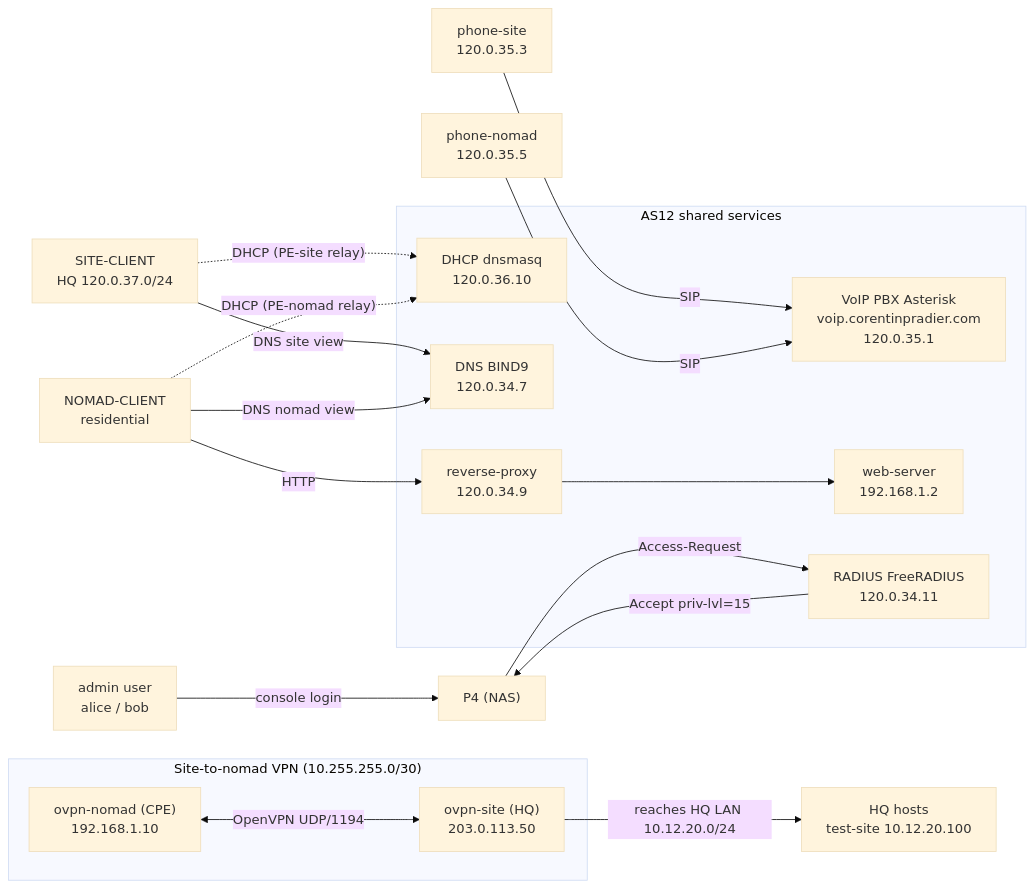
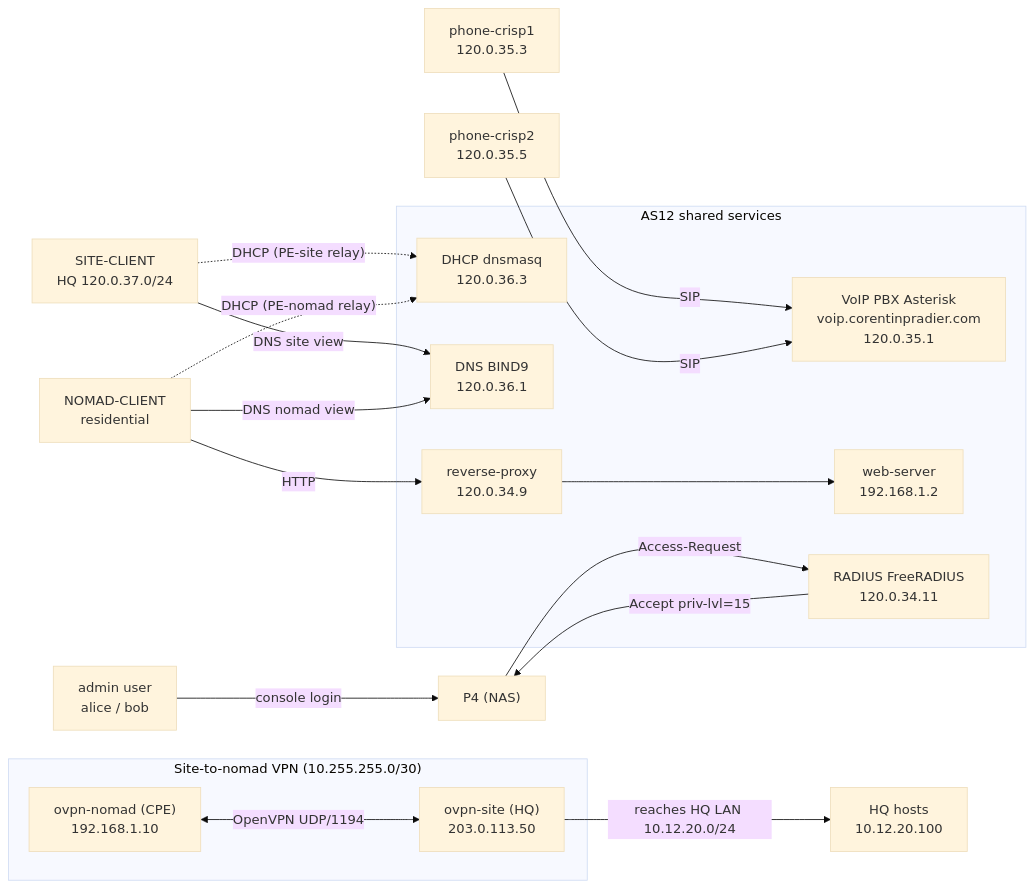
The second of 2 diagrams in README.md (yfgrepcat/CrISP), drawn with Mermaid before and after one commit. The commit also changed other lines of this file and 21 other files, not shown here.

````diff
--- a/README.md
+++ b/README.md
@@ -198,40 +196,40 @@
 ```mermaid
 %%{init: {'theme': 'base', 'themeVariables': {'fontSize': '16px'}}}%%
 flowchart LR
   %% --- consumers ---
   SITEC["SITE-CLIENT<br/>HQ 120.0.37.0/24"]
   NOMADC["NOMAD-CLIENT<br/>residential"]
-  PHs["phone-site<br/>120.0.35.3"]
-  PHn["phone-nomad<br/>120.0.35.5"]
+  PHs["phone-crisp1<br/>120.0.35.3"]
+  PHn["phone-crisp2<br/>120.0.35.5"]
   ADMIN["admin user<br/>alice / bob"]
 
   %% --- services ---
   subgraph SVC["AS12 shared services"]
-    DHCP["DHCP dnsmasq<br/>120.0.36.10"]
-    DNS["DNS BIND9<br/>120.0.34.7"]
+    DHCP["DHCP dnsmasq<br/>120.0.36.3"]
+    DNS["DNS BIND9<br/>120.0.36.1"]
     PBX["VoIP PBX Asterisk<br/>voip.corentinpradier.com<br/>120.0.35.1"]
     RP["reverse-proxy<br/>120.0.34.9"]
     WEB["web-server<br/>192.168.1.2"]
     RADIUS["RADIUS FreeRADIUS<br/>120.0.34.11"]
   end
 
   SITEC -. "DHCP (PE-site relay)" .-> DHCP
   NOMADC -. "DHCP (PE-nomad relay)" .-> DHCP
   SITEC -- "DNS site view" --> DNS
   NOMADC -- "DNS nomad view" --> DNS
   NOMADC -- "HTTP" --> RP
   RP --> WEB
   PHs -- "SIP" --> PBX
   PHn -- "SIP" --> PBX
   ADMIN -- "console login" --> P4["P4 (NAS)"]
   P4 -- "Access-Request" --> RADIUS
   RADIUS -- "Accept priv-lvl=15" --> P4
 
   %% --- site-to-nomad VPN overlay ---
   subgraph VPN["Site-to-nomad VPN (10.255.255.0/30)"]
     OVPNn["ovpn-nomad (CPE)<br/>192.168.1.10"]
     OVPNs["ovpn-site (HQ)<br/>203.0.113.50"]
   end
   OVPNn <-- "OpenVPN UDP/1194" --> OVPNs
-  OVPNs -- "reaches HQ LAN 10.12.20.0/24" --> HQLAN["HQ hosts<br/>test-site 10.12.20.100"]
+  OVPNs -- "reaches HQ LAN 10.12.20.0/24" --> HQLAN["HQ hosts<br/>10.12.20.100"]
 ```
````
